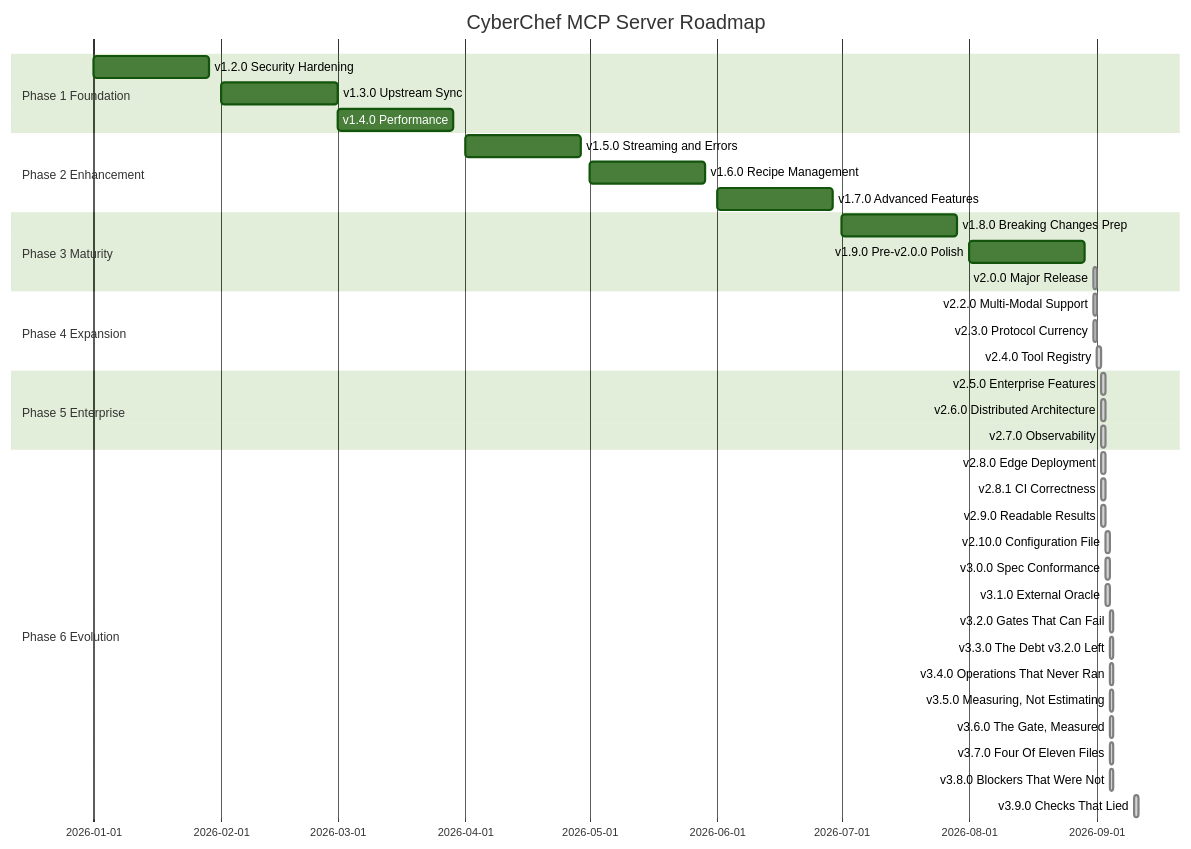
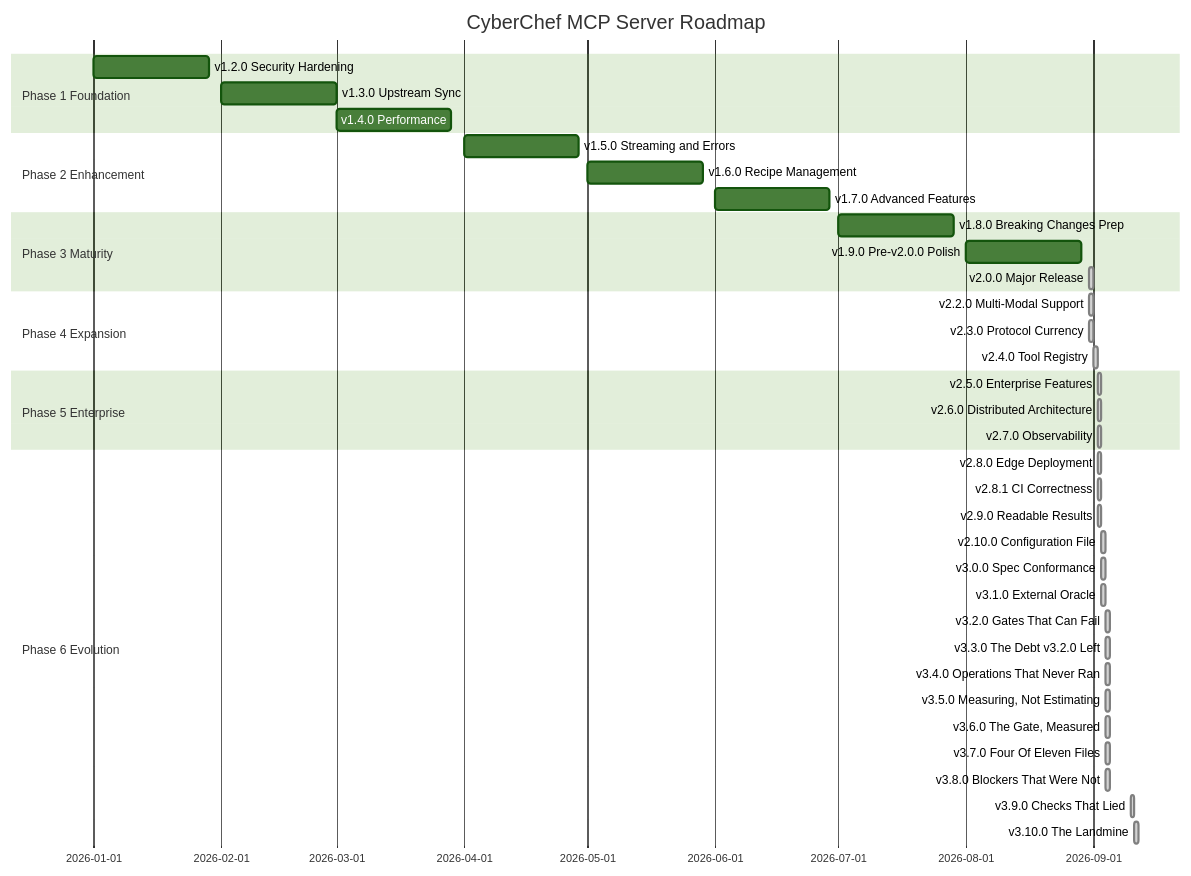
Before and after one commit to doublegate/CyberChef-MCP: the diagram in docs/planning/ROADMAP.md, drawn with Mermaid (forest theme). The commit also changed other lines of this file and 22 other files, not shown here.

````diff
--- a/docs/planning/ROADMAP.md
+++ b/docs/planning/ROADMAP.md
@@ -67,40 +67,41 @@
 ```mermaid
 gantt
     title CyberChef MCP Server Roadmap
     dateFormat YYYY-MM-DD
     section Phase 1 Foundation
     v1.2.0 Security Hardening           :2026-01-01, 4w
     v1.3.0 Upstream Sync                :2026-02-01, 4w
     v1.4.0 Performance                  :2026-03-01, 4w
     section Phase 2 Enhancement
     v1.5.0 Streaming and Errors         :2026-04-01, 4w
     v1.6.0 Recipe Management            :2026-05-01, 4w
     v1.7.0 Advanced Features            :2026-06-01, 4w
     section Phase 3 Maturity
     v1.8.0 Breaking Changes Prep        :2026-07-01, 4w
     v1.9.0 Pre-v2.0.0 Polish            :2026-08-01, 4w
     v2.0.0 Major Release                :done, 2026-08-31, 1d
     section Phase 4 Expansion
     v2.2.0 Multi-Modal Support          :done, 2026-08-31, 1d
     v2.3.0 Protocol Currency            :done, 2026-08-31, 1d
     v2.4.0 Tool Registry                :done, 2026-09-01, 1d
     section Phase 5 Enterprise
     v2.5.0 Enterprise Features          :done, 2026-09-02, 1d
     v2.6.0 Distributed Architecture     :done, 2026-09-02, 1d
     v2.7.0 Observability                :done, 2026-09-02, 1d
     section Phase 6 Evolution
     v2.8.0 Edge Deployment              :done, 2026-09-02, 1d
     v2.8.1 CI Correctness               :done, 2026-09-02, 1d
     v2.9.0 Readable Results             :done, 2026-09-02, 1d
     v2.10.0 Configuration File          :done, 2026-09-03, 1d
     v3.0.0 Spec Conformance             :done, 2026-09-03, 1d
     v3.1.0 External Oracle              :done, 2026-09-03, 1d
     v3.2.0 Gates That Can Fail          :done, 2026-09-04, 1d
     v3.3.0 The Debt v3.2.0 Left         :done, 2026-09-04, 1d
     v3.4.0 Operations That Never Ran    :done, 2026-09-04, 1d
     v3.5.0 Measuring, Not Estimating    :done, 2026-09-04, 1d
     v3.6.0 The Gate, Measured          :done, 2026-09-04, 1d
     v3.7.0 Four Of Eleven Files        :done, 2026-09-04, 1d
     v3.8.0 Blockers That Were Not      :done, 2026-09-04, 1d
     v3.9.0 Checks That Lied            :done, 2026-09-10, 1d
+    v3.10.0 The Landmine               :done, 2026-09-11, 1d
 ```
````
